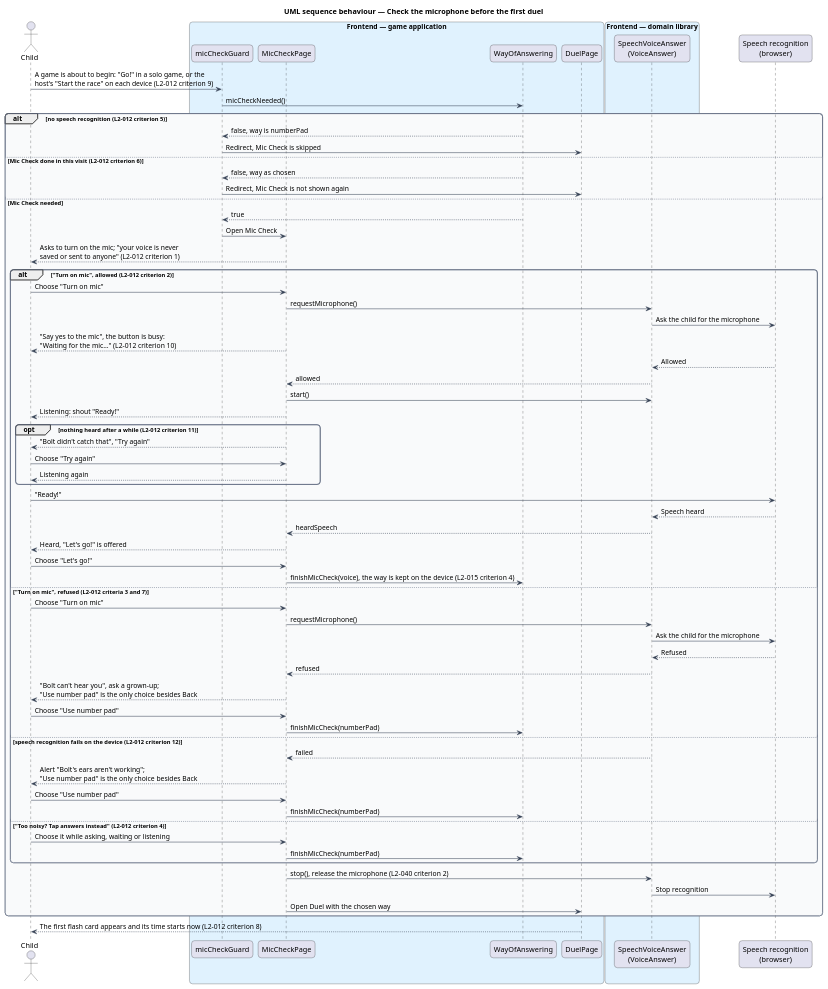
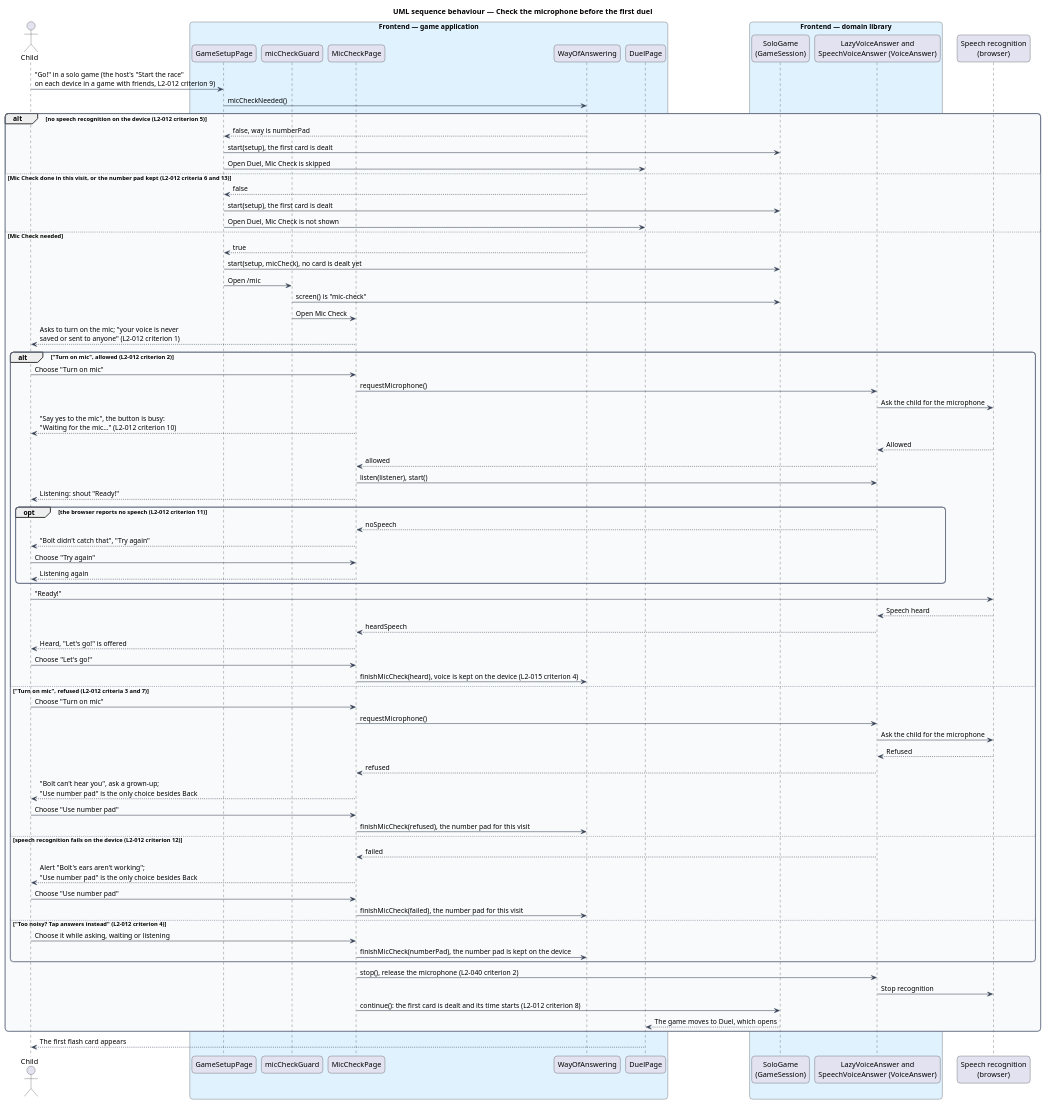
One commit to QuinntyneBrown/around-the-world changed the diagram in docs/detailed-designs/answering/check-mic/diagrams/sequence-check-mic.puml. Above: the diagram before and after it, drawn with PlantUML. The commit also changed 19 other files, not shown here.

First line of the commit message:
Decide how voice answers: on the device, what is heard, when Mic Check shows

```diff
--- a/docs/detailed-designs/answering/check-mic/diagrams/sequence-check-mic.puml
+++ b/docs/detailed-designs/answering/check-mic/diagrams/sequence-check-mic.puml
@@ -1,83 +1,92 @@
 @startuml
 title UML sequence behaviour — Check the microphone before the first duel
 skinparam backgroundColor #FFFFFF
 skinparam shadowing false
 skinparam roundcorner 12
 skinparam defaultFontName Arial
 skinparam ArrowColor #344054
 skinparam rectangle {
   BorderColor #344054
   FontColor #101828
 }
 skinparam package {
   BorderColor #667085
   FontColor #101828
   BackgroundColor #F9FAFB
 }
 actor "Child" as child
 box "Frontend — game application" #E0F2FE
+  participant "GameSetupPage" as setup
   participant "micCheckGuard" as guard
   participant "MicCheckPage" as page
   participant "WayOfAnswering" as way
   participant "DuelPage" as duel
 end box
 box "Frontend — domain library" #E0F2FE
-  participant "SpeechVoiceAnswer\n(VoiceAnswer)" as voice
+  participant "SoloGame\n(GameSession)" as solo
+  participant "LazyVoiceAnswer and\nSpeechVoiceAnswer (VoiceAnswer)" as voice
 end box
 participant "Speech recognition\n(browser)" as sr
-child -> guard : A game is about to begin: "Go!" in a solo game, or the\nhost's "Start the race" on each device (L2-012 criterion 9)
-guard -> way : micCheckNeeded()
-alt no speech recognition (L2-012 criterion 5)
-  way --> guard : false, way is numberPad
-  guard -> duel : Redirect, Mic Check is skipped
-else Mic Check done in this visit (L2-012 criterion 6)
-  way --> guard : false, way as chosen
-  guard -> duel : Redirect, Mic Check is not shown again
+child -> setup : "Go!" in a solo game (the host's "Start the race"\non each device in a game with friends, L2-012 criterion 9)
+setup -> way : micCheckNeeded()
+alt no speech recognition on the device (L2-012 criterion 5)
+  way --> setup : false, way is numberPad
+  setup -> solo : start(setup), the first card is dealt
+  setup -> duel : Open Duel, Mic Check is skipped
+else Mic Check done in this visit, or the number pad kept (L2-012 criteria 6 and 13)
+  way --> setup : false
+  setup -> solo : start(setup), the first card is dealt
+  setup -> duel : Open Duel, Mic Check is not shown
 else Mic Check needed
-  way --> guard : true
+  way --> setup : true
+  setup -> solo : start(setup, micCheck), no card is dealt yet
+  setup -> guard : Open /mic
+  guard -> solo : screen() is "mic-check"
   guard -> page : Open Mic Check
   page --> child : Asks to turn on the mic; "your voice is never\nsaved or sent to anyone" (L2-012 criterion 1)
   alt "Turn on mic", allowed (L2-012 criterion 2)
     child -> page : Choose "Turn on mic"
     page -> voice : requestMicrophone()
     voice -> sr : Ask the child for the microphone
     page --> child : "Say yes to the mic", the button is busy:\n"Waiting for the mic…" (L2-012 criterion 10)
     sr --> voice : Allowed
     voice --> page : allowed
-    page -> voice : start()
+    page -> voice : listen(listener), start()
     page --> child : Listening: shout "Ready!"
-    opt nothing heard after a while (L2-012 criterion 11)
+    opt the browser reports no speech (L2-012 criterion 11)
+      voice --> page : noSpeech
       page --> child : "Bolt didn't catch that", "Try again"
       child -> page : Choose "Try again"
       page --> child : Listening again
     end
     child -> sr : "Ready!"
     sr --> voice : Speech heard
     voice --> page : heardSpeech
     page --> child : Heard, "Let's go!" is offered
     child -> page : Choose "Let's go!"
-    page -> way : finishMicCheck(voice), the way is kept on the device (L2-015 criterion 4)
+    page -> way : finishMicCheck(heard), voice is kept on the device (L2-015 criterion 4)
   else "Turn on mic", refused (L2-012 criteria 3 and 7)
     child -> page : Choose "Turn on mic"
     page -> voice : requestMicrophone()
     voice -> sr : Ask the child for the microphone
     sr --> voice : Refused
     voice --> page : refused
     page --> child : "Bolt can't hear you", ask a grown-up;\n"Use number pad" is the only choice besides Back
     child -> page : Choose "Use number pad"
-    page -> way : finishMicCheck(numberPad)
+    page -> way : finishMicCheck(refused), the number pad for this visit
   else speech recognition fails on the device (L2-012 criterion 12)
     voice --> page : failed
     page --> child : Alert "Bolt's ears aren't working";\n"Use number pad" is the only choice besides Back
     child -> page : Choose "Use number pad"
-    page -> way : finishMicCheck(numberPad)
+    page -> way : finishMicCheck(failed), the number pad for this visit
   else "Too noisy? Tap answers instead" (L2-012 criterion 4)
     child -> page : Choose it while asking, waiting or listening
-    page -> way : finishMicCheck(numberPad)
+    page -> way : finishMicCheck(numberPad), the number pad is kept on the device
   end
   page -> voice : stop(), release the microphone (L2-040 criterion 2)
   voice -> sr : Stop recognition
-  page -> duel : Open Duel with the chosen way
+  page -> solo : continue(): the first card is dealt and its time starts (L2-012 criterion 8)
+  solo --> duel : The game moves to Duel, which opens
 end
-duel --> child : The first flash card appears and its time starts now (L2-012 criterion 8)
+duel --> child : The first flash card appears
 @enduml
```
